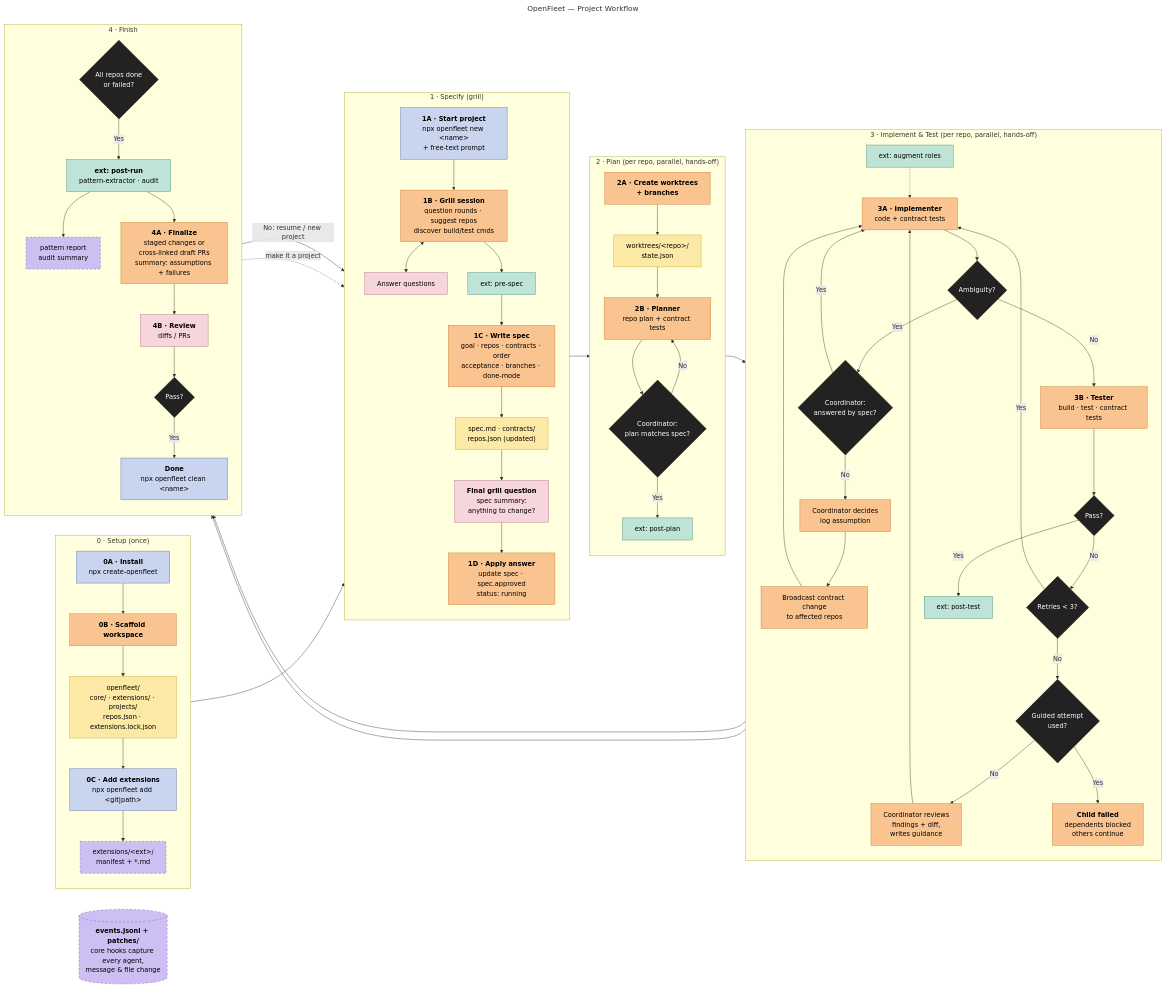
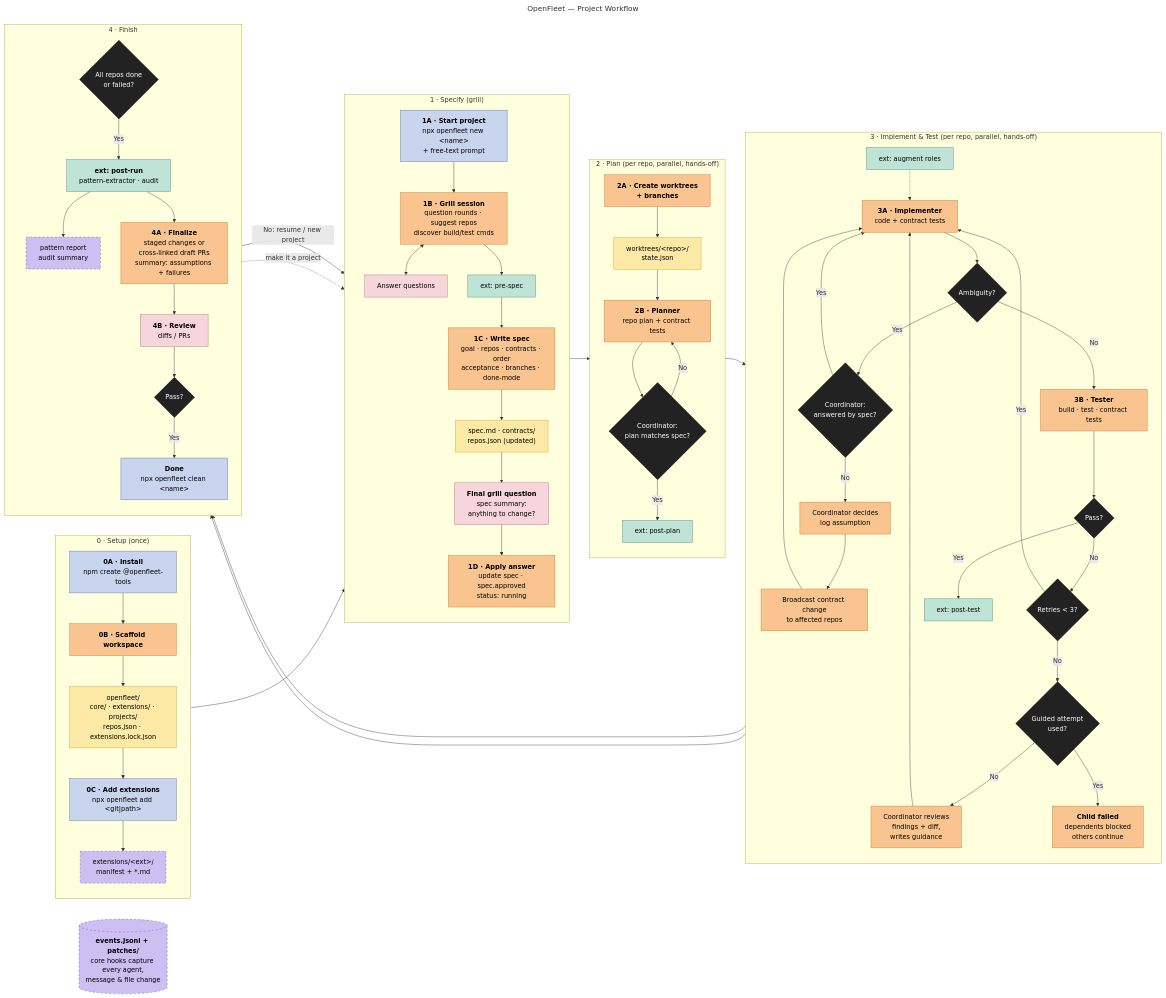
Before and after one commit to yashicon21/openfleet: the diagram in docs/flow.mmd, drawn with Mermaid. The commit also changed 13 other files, not shown here.

Commit message:
chore: Rename initializer to @openfleet-tools/create

```diff
--- a/docs/flow.mmd
+++ b/docs/flow.mmd
@@ -1,108 +1,108 @@
 ---
 title: OpenFleet — Project Workflow
 ---
 flowchart LR
   subgraph S0["0 · Setup (once)"]
     direction TB
-    H0["<b>0A · Install</b><br/>npx create-openfleet"]
+    H0["<b>0A · Install</b><br/>npm create @openfleet-tools"]
     C0["<b>0B · Scaffold workspace</b>"]
     F0["openfleet/<br/>core/ · extensions/ · projects/<br/>repos.json · extensions.lock.json"]
     H0b["<b>0C · Add extensions</b><br/>npx openfleet add &lt;git|path&gt;"]
     F0b["extensions/&lt;ext&gt;/<br/>manifest + *.md"]
     H0 --> C0 --> F0 --> H0b --> F0b
   end
 
   subgraph S1["1 · Specify (grill)"]
     direction TB
     H1["<b>1A · Start project</b><br/>npx openfleet new &lt;name&gt;<br/>+ free-text prompt"]
     C1["<b>1B · Grill session</b><br/>question rounds · suggest repos<br/>discover build/test cmds"]
     HA["Answer questions"]
     X0["ext: pre-spec"]
     C2["<b>1C · Write spec</b><br/>goal · repos · contracts · order<br/>acceptance · branches · done-mode"]
     F1["spec.md · contracts/<br/>repos.json (updated)"]
     HR["<b>Final grill question</b><br/>spec summary:<br/>anything to change?"]
     CA["<b>1D · Apply answer</b><br/>update spec · spec.approved<br/>status: running"]
     H1 --> C1
     C1 <--> HA
     C1 --> X0 --> C2 --> F1 --> HR --> CA
   end
 
   subgraph S2["2 · Plan (per repo, parallel, hands-off)"]
     direction TB
     C3["<b>2A · Create worktrees<br/>+ branches</b>"]
     F2["worktrees/&lt;repo&gt;/<br/>state.json"]
     P["<b>2B · Planner</b><br/>repo plan + contract tests"]
     DV{"Coordinator:<br/>plan matches spec?"}
     X1["ext: post-plan"]
     C3 --> F2 --> P --> DV
     DV -- No --> P
     DV -- Yes --> X1
   end
 
   subgraph S3["3 · Implement & Test (per repo, parallel, hands-off)"]
     direction TB
     XA["ext: augment roles"]
     I["<b>3A · Implementer</b><br/>code + contract tests"]
     DQ{"Ambiguity?"}
     CQ{"Coordinator:<br/>answered by spec?"}
     CD["Coordinator decides<br/>log assumption"]
     CB["Broadcast contract change<br/>to affected repos"]
     T["<b>3B · Tester</b><br/>build · test · contract tests"]
     DT{"Pass?"}
     DN{"Retries &lt; 3?"}
     DG{"Guided attempt<br/>used?"}
     CG["Coordinator reviews<br/>findings + diff,<br/>writes guidance"]
     CF["<b>Child failed</b><br/>dependents blocked<br/>others continue"]
     X2["ext: post-test"]
     XA -.-> I
     I --> DQ
     DQ -- Yes --> CQ
     CQ -- Yes --> I
     CQ -- No --> CD --> CB --> I
     DQ -- No --> T --> DT
     DT -- No --> DN
     DN -- Yes --> I
     DN -- No --> DG
     DG -- No --> CG --> I
     DG -- Yes --> CF
     DT -- Yes --> X2
   end
 
   subgraph S4["4 · Finish"]
     direction TB
     DA{"All repos done<br/>or failed?"}
     X3["<b>ext: post-run</b><br/>pattern-extractor · audit"]
     FX["pattern report<br/>audit summary"]
     C5["<b>4A · Finalize</b><br/>staged changes or<br/>cross-linked draft PRs<br/>summary: assumptions + failures"]
     HF["<b>4B · Review</b><br/>diffs / PRs"]
     DP{"Pass?"}
     HC["<b>Done</b><br/>npx openfleet clean &lt;name&gt;"]
     DA -- Yes --> X3 --> FX
     X3 --> C5 --> HF --> DP
     DP -- Yes --> HC
   end
 
   EV[("<b>events.jsonl + patches/</b><br/>core hooks capture every agent,<br/>message & file change")]
 
   F0b --> H1
   CA --> C3
   X1 --> I
   X2 --> DA
   CF --> DA
   DP -- "No: resume / new project" --> H1
   FX -. "make it a project" .-> H1
 
   classDef human fill:#c9d4ee,stroke:#5b6fa8,color:#000
   classDef loop fill:#f6d5dc,stroke:#b0707f,color:#000
   classDef ai fill:#f9c48f,stroke:#c07a30,color:#000
   classDef file fill:#fbe9a5,stroke:#c9a92c,color:#000
   classDef cond fill:#cdbff2,stroke:#6a55b5,stroke-dasharray:5 5,color:#000
   classDef ext fill:#bfe3d6,stroke:#3f8f75,color:#000
   classDef dec fill:#222,stroke:#000,color:#fff
   class H0,H0b,H1,HC human
   class HA,HR,HF loop
   class C0,C1,C2,CA,C3,CD,CB,CG,CF,C5,P,I,T ai
   class F0,F1,F2 file
   class F0b,FX,EV cond
   class X0,X1,XA,X2,X3 ext
   class DV,CQ,DA,DQ,DT,DN,DG,DP dec
```
